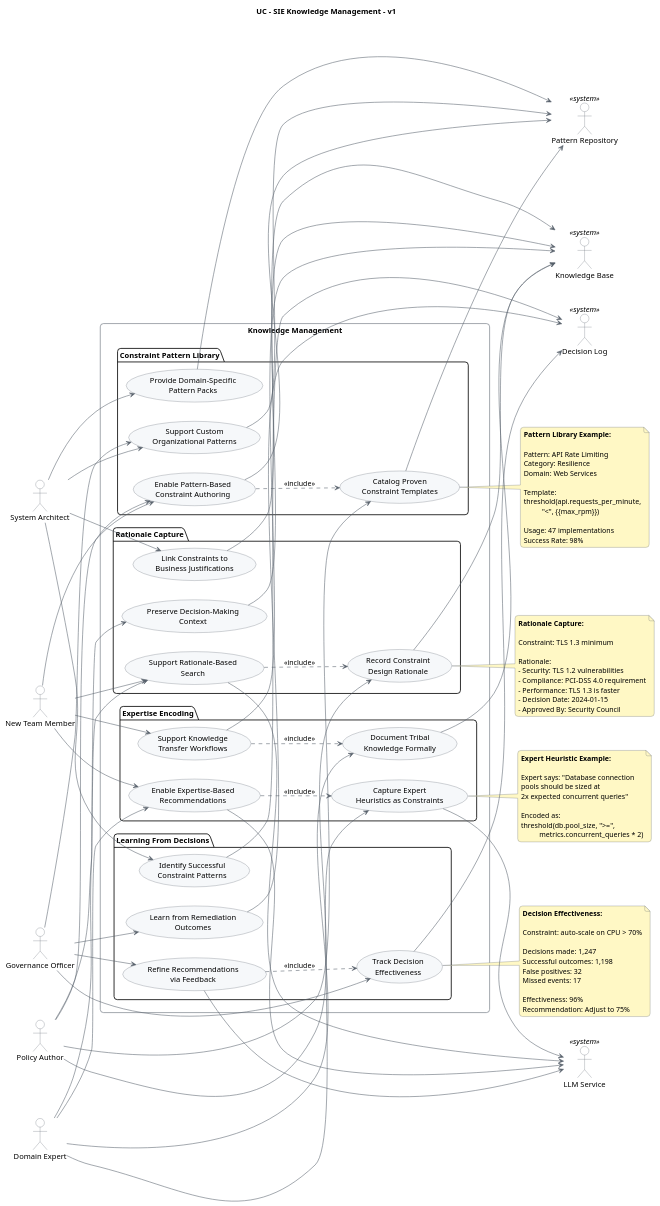
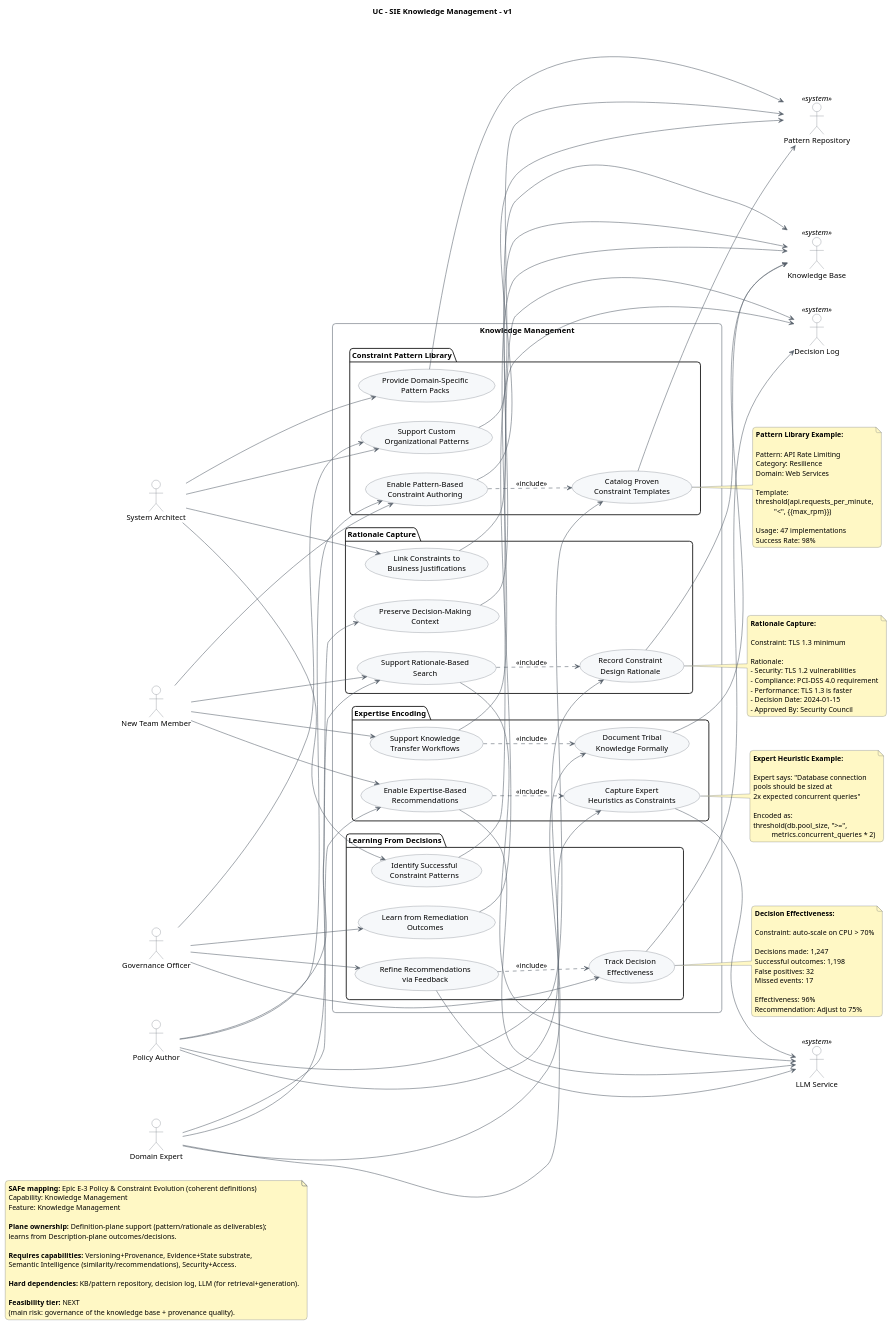
The diagram in model/features/analytics-usecases/sie-knowledge-management-uc-v1.puml (poesis-cloud/sie-definition-manager), drawn with PlantUML before and after one commit. The commit also changed 133 other files, not shown here.

```diff
--- a/model/features/analytics-usecases/sie-knowledge-management-uc-v1.puml
+++ b/model/features/analytics-usecases/sie-knowledge-management-uc-v1.puml
@@ -26,6 +26,23 @@
 ' ============================================================
 
 title UC - SIE Knowledge Management - v1
+
+note as FeasibilityNote
+  **SAFe mapping:** Epic E-3 Policy & Constraint Evolution (coherent definitions)
+  Capability: Knowledge Management
+  Feature: Knowledge Management
+
+  **Plane ownership:** Definition-plane support (pattern/rationale as deliverables);
+  learns from Description-plane outcomes/decisions.
+
+  **Requires capabilities:** Versioning+Provenance, Evidence+State substrate,
+  Semantic Intelligence (similarity/recommendations), Security+Access.
+
+  **Hard dependencies:** KB/pattern repository, decision log, LLM (for retrieval+generation).
+
+  **Feasibility tier:** NEXT
+  (main risk: governance of the knowledge base + provenance quality).
+end note
 
 ' ============================================================
 ' ACTORS
```
